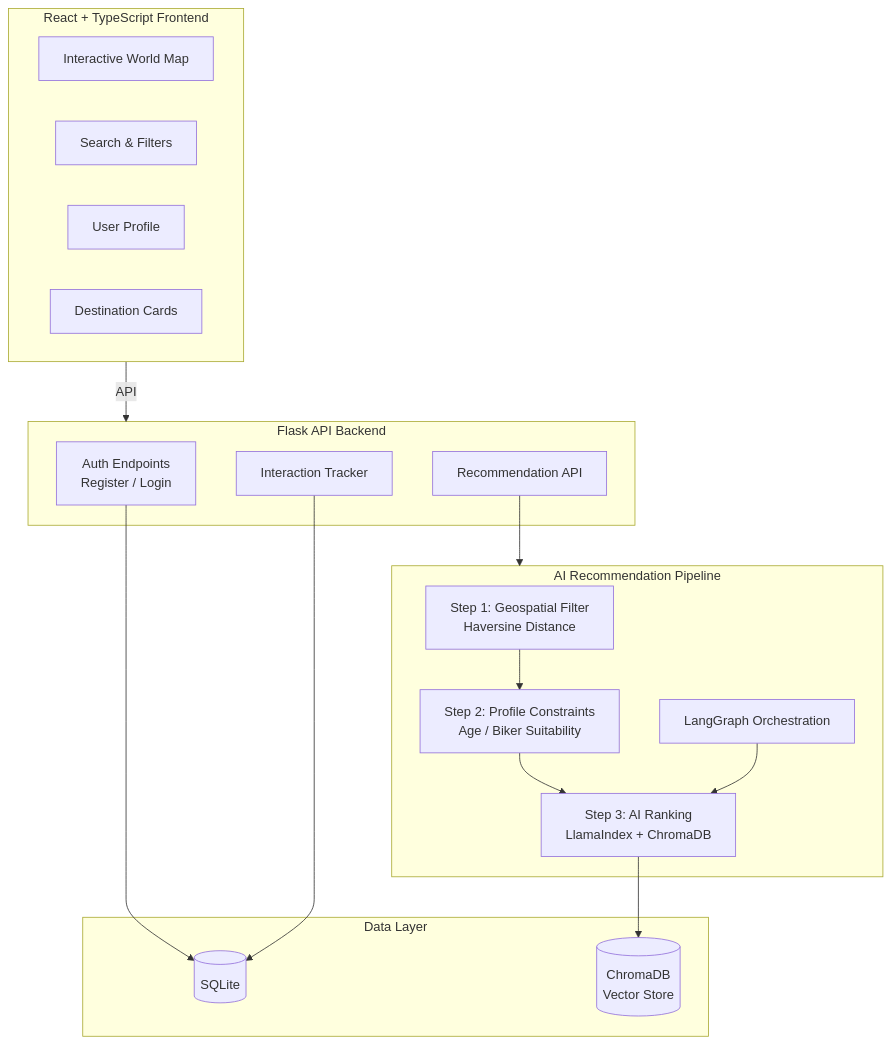
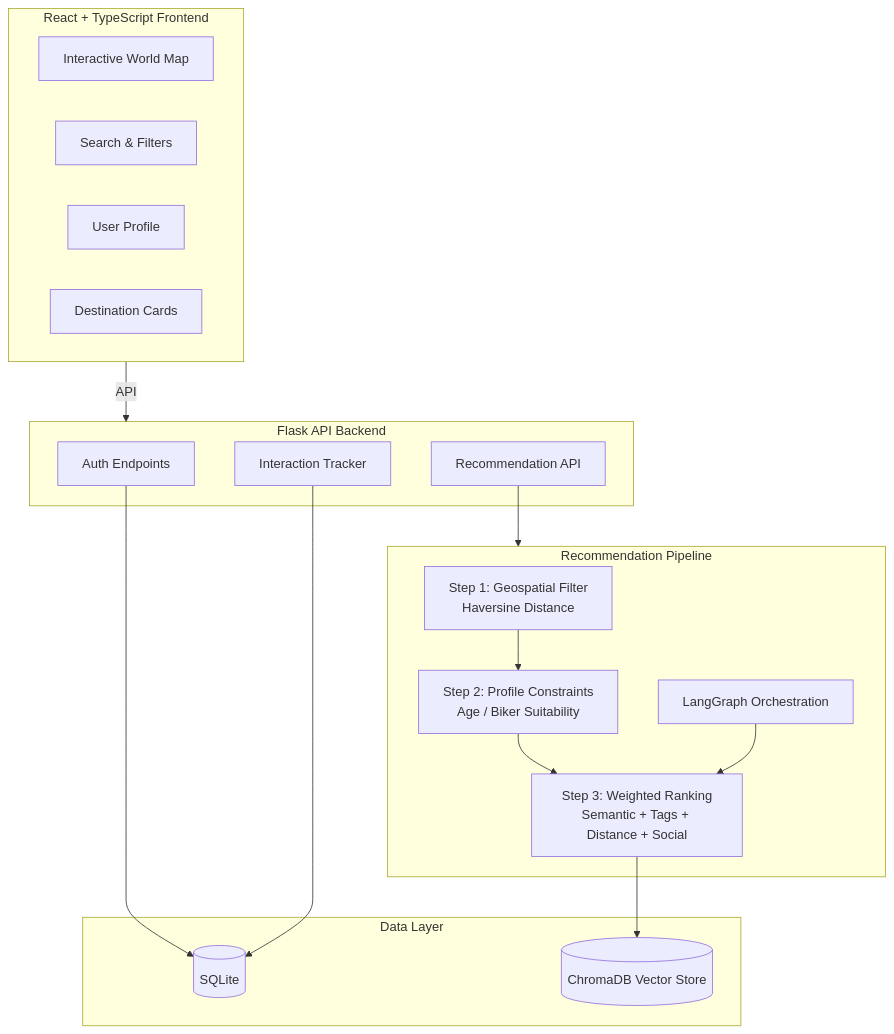
Before and after one commit to krishnakumarbhat/wanderlust: the diagram in README.md, drawn with Mermaid. The commit also changed other lines of this file and 183 other files, not shown here.

````diff
--- a/README.md
+++ b/README.md
@@ -11,35 +28,35 @@
 ```mermaid
 flowchart TD
     subgraph Frontend["React + TypeScript Frontend"]
         MAP[Interactive World Map]
         SEARCH[Search & Filters]
         PROFILE[User Profile]
         CARDS[Destination Cards]
     end
 
     subgraph Backend["Flask API Backend"]
-        AUTH_API[Auth Endpoints\nRegister / Login]
+        AUTH_API[Auth Endpoints]
         REC_API[Recommendation API]
         INT_API[Interaction Tracker]
     end
 
-    subgraph Pipeline["AI Recommendation Pipeline"]
-        GEO[Step 1: Geospatial Filter\nHaversine Distance]
-        PROF[Step 2: Profile Constraints\nAge / Biker Suitability]
-        AI_RANK[Step 3: AI Ranking\nLlamaIndex + ChromaDB]
+    subgraph Pipeline["Recommendation Pipeline"]
+        GEO[Step 1: Geospatial Filter<br/>Haversine Distance]
+        PROF[Step 2: Profile Constraints<br/>Age / Biker Suitability]
+        AI_RANK[Step 3: Weighted Ranking<br/>Semantic + Tags + Distance + Social]
         GRAPH[LangGraph Orchestration]
     end
 
     subgraph Data["Data Layer"]
         DB[(SQLite)]
-        CHROMA[(ChromaDB\nVector Store)]
+        CHROMA[(ChromaDB Vector Store)]
     end
 
     Frontend -->|API| Backend
     REC_API --> Pipeline
     GEO --> PROF --> AI_RANK
     AI_RANK --> CHROMA
     GRAPH --> AI_RANK
     AUTH_API --> DB
     INT_API --> DB
 ```
````
